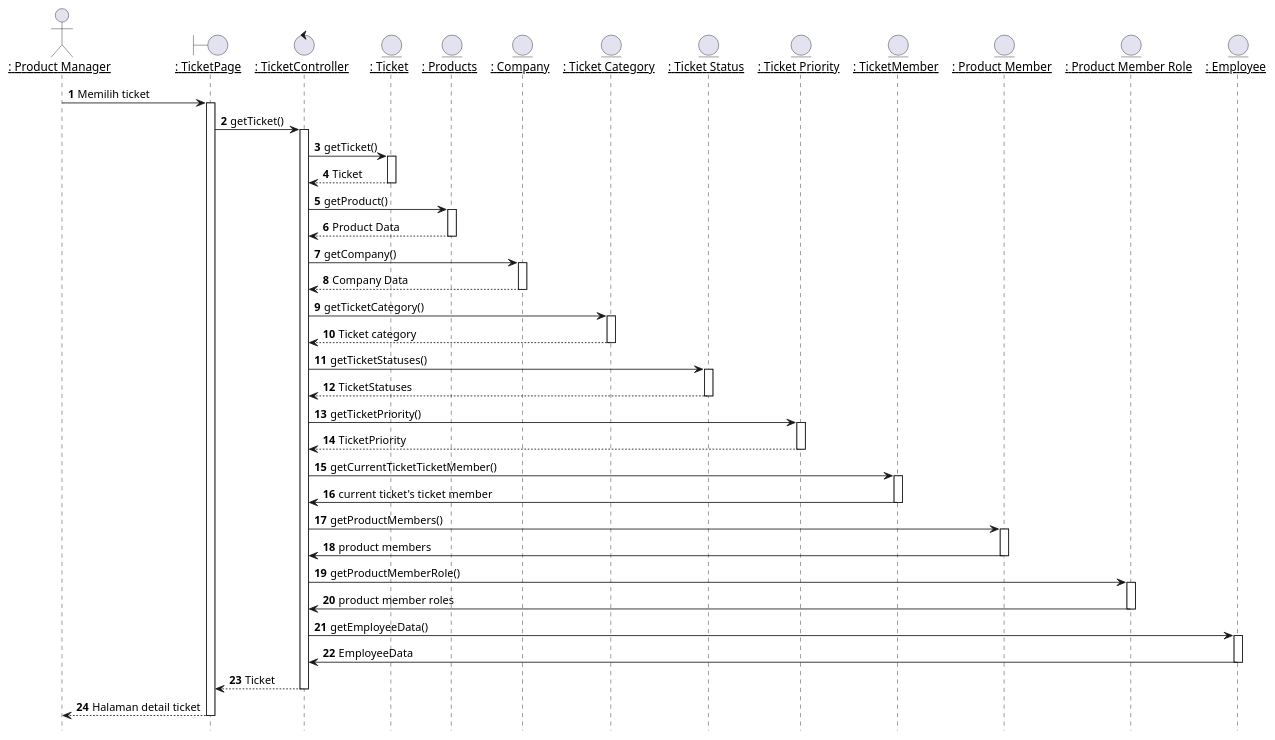
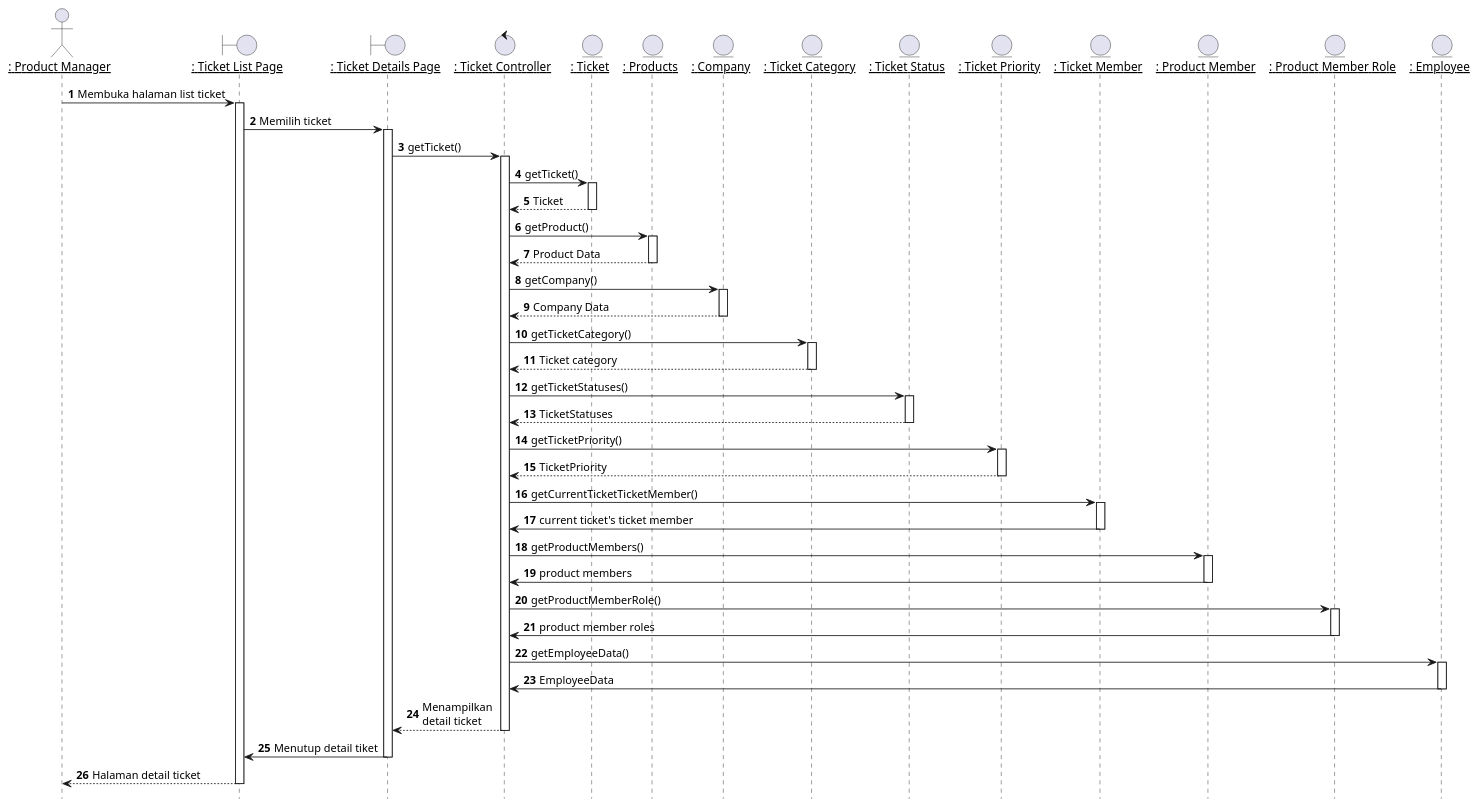
One commit to TAS-PKL/Laporan-PKL-Ticketing changed the diagram in plantuml/sequence/ipm/ipm3.puml. Above: the diagram before and after it, drawn with PlantUML. The commit also changed 47 other files, not shown here.

```diff
--- a/plantuml/sequence/ipm/ipm3.puml
+++ b/plantuml/sequence/ipm/ipm3.puml
@@ -1,95 +1,101 @@
 @startuml Melihat Detail Ticket
 
 hide footbox
 ' title "Melihat Detail Ticket"
 
 actor IPM as "__: Product Manager__"
-boundary TicketPage as "__: TicketPage__"
-control TicketController as "__: TicketController__"
+boundary TicketListPage as "__: Ticket List Page__"
+boundary TicketDetailsPage as "__: Ticket Details Page__"
+control TicketController as "__: Ticket Controller__"
 entity Ticket as "__: Ticket__"
 entity Product as "__: Products__"
 entity Company as "__: Company__"
 entity TicketCategory as "__: Ticket Category__"
 entity TicketStatuses as "__: Ticket Status__"
 entity TicketPriority as "__: Ticket Priority__"
-entity TicketMember as "__: TicketMember__"
+entity TicketMember as "__: Ticket Member__"
 entity ProductMembers as "__: Product Member__"
 entity ProductMemberRoles as "__: Product Member Role__"
 entity Employees as "__: Employee__"
 
 autonumber 1
-IPM -> TicketPage: Memilih ticket
-activate TicketPage
+IPM -> TicketListPage: Membuka halaman list ticket
+activate TicketListPage
 
+TicketListPage -> TicketDetailsPage: Memilih ticket
+activate TicketDetailsPage
 
-TicketPage -> TicketController: getTicket()
+TicketDetailsPage -> TicketController: getTicket()
 activate TicketController
 
 TicketController -> Ticket: getTicket()
 activate Ticket
 
 Ticket --> TicketController : Ticket
 deactivate Ticket
 
 TicketController -> Product: getProduct()
 activate Product
 
 Product --> TicketController : Product Data
 deactivate Product
 
 TicketController -> Company: getCompany()
 activate Company
 
 Company --> TicketController : Company Data
 deactivate Company
 
 TicketController -> TicketCategory: getTicketCategory()
 activate TicketCategory
 
 TicketCategory --> TicketController : Ticket category
 deactivate TicketCategory
 
 TicketController -> TicketStatuses: getTicketStatuses()
 activate TicketStatuses
 
 TicketStatuses --> TicketController : TicketStatuses
 deactivate TicketStatuses
 
 TicketController -> TicketPriority: getTicketPriority()
 activate TicketPriority
 
 TicketPriority --> TicketController : TicketPriority
 deactivate TicketPriority
 
 TicketController -> TicketMember: getCurrentTicketTicketMember()
 activate TicketMember
 
 TicketMember -> TicketController: current ticket's ticket member
 deactivate TicketMember
 
 TicketController -> ProductMembers: getProductMembers()
 activate ProductMembers
 
 ProductMembers -> TicketController: product members
 deactivate ProductMembers
 
 TicketController -> ProductMemberRoles: getProductMemberRole()
 activate ProductMemberRoles
 
 ProductMemberRoles -> TicketController: product member roles
 deactivate ProductMemberRoles
 
 TicketController -> Employees: getEmployeeData()
 activate Employees
 
 Employees -> TicketController: EmployeeData
 deactivate Employees
 
-TicketController --> TicketPage : Ticket
+TicketController --> TicketDetailsPage : Menampilkan\ndetail ticket
 deactivate TicketController
 
-TicketPage --> IPM : Halaman detail ticket
-deactivate TicketPage
+TicketDetailsPage -> TicketListPage : Menutup detail tiket
+deactivate TicketDetailsPage
+
+TicketListPage --> IPM : Halaman detail ticket
+deactivate TicketListPage
 
 
 @enduml
```
